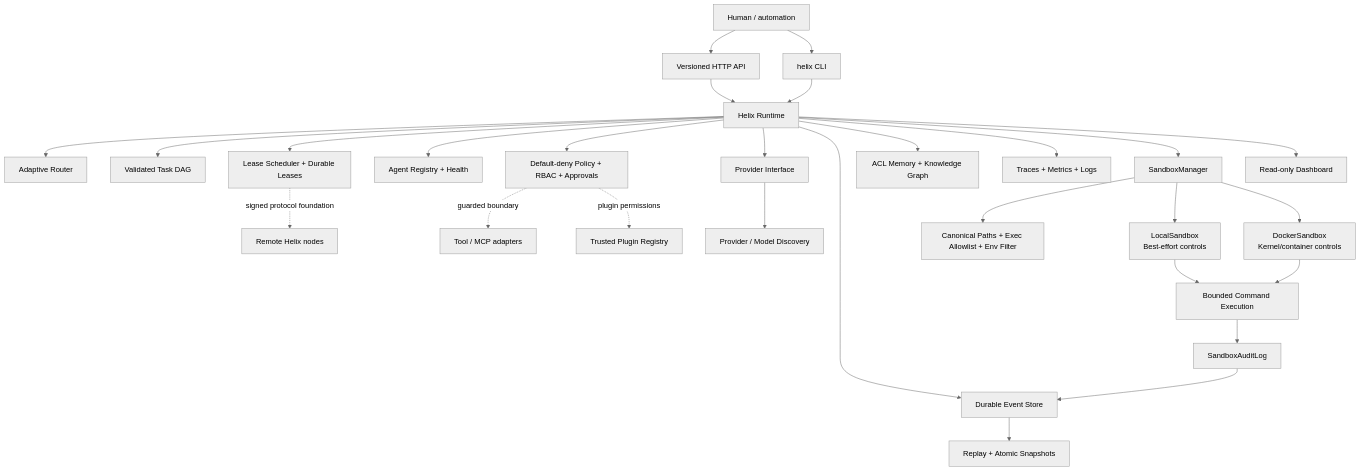
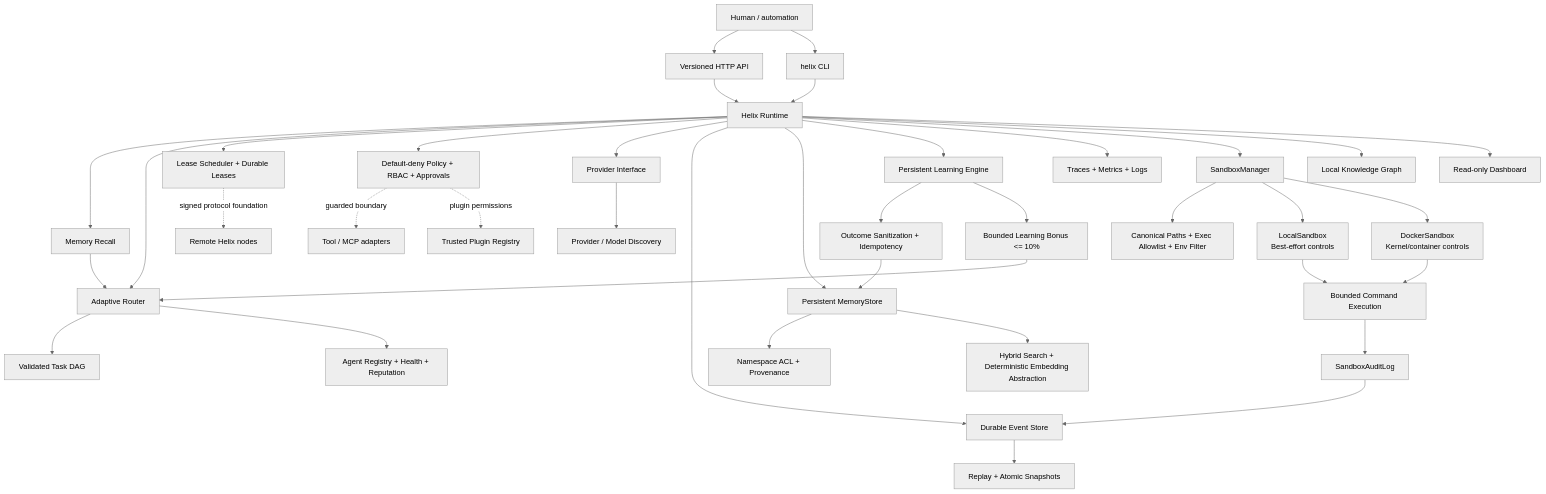
The diagram in docs/architecture.mmd (Adam-Ghanem/Helix), drawn with Mermaid (neutral theme) before and after one commit. The commit also changed 9 other files, not shown here.

```diff
--- a/docs/architecture.mmd
+++ b/docs/architecture.mmd
@@ -1,28 +1,38 @@
-flowchart TB
+flowchart TD
   User[Human / automation] --> API[Versioned HTTP API]
   User --> CLI[helix CLI]
   API --> Runtime[Helix Runtime]
   CLI --> Runtime
-  Runtime --> Router[Adaptive Router]
-  Runtime --> Planner[Validated Task DAG]
+  Runtime --> Recall[Memory Recall]
+  Recall --> Router[Adaptive Router]
+  Runtime --> Router
+  Router --> Planner[Validated Task DAG]
+  Router --> Agents[Agent Registry + Health + Reputation]
   Runtime --> Scheduler[Lease Scheduler + Durable Leases]
-  Runtime --> Agents[Agent Registry + Health]
   Runtime --> Policy[Default-deny Policy + RBAC + Approvals]
   Runtime --> Provider[Provider Interface]
   Runtime --> Events[Durable Event Store]
   Events --> Replay[Replay + Atomic Snapshots]
-  Runtime --> Memory[ACL Memory + Knowledge Graph]
+  Runtime --> Memory[Persistent MemoryStore]
+  Memory --> ACL[Namespace ACL + Provenance]
+  Memory --> Search[Hybrid Search + Deterministic Embedding Abstraction]
+  Runtime --> Learning[Persistent Learning Engine]
+  Learning --> Outcome[Outcome Sanitization + Idempotency]
+  Outcome --> Memory
+  Learning --> Bonus[Bounded Learning Bonus <= 10%]
+  Bonus --> Router
   Runtime --> Telemetry[Traces + Metrics + Logs]
   Runtime --> SandboxManager[SandboxManager]
   SandboxManager --> SandboxPolicy[Canonical Paths + Exec Allowlist + Env Filter]
   SandboxManager --> Local[LocalSandbox\nBest-effort controls]
   SandboxManager --> Docker[DockerSandbox\nKernel/container controls]
   Local --> Execution[Bounded Command Execution]
   Docker --> Execution
   Execution --> Audit[SandboxAuditLog]
   Audit --> Events
-  Runtime --> Dashboard[Read-only Dashboard]
+  Runtime --> Knowledge[Local Knowledge Graph]
   Policy -. guarded boundary .-> Tools[Tool / MCP adapters]
   Policy -. plugin permissions .-> Plugins[Trusted Plugin Registry]
   Provider --> Models[Provider / Model Discovery]
   Scheduler -. signed protocol foundation .-> Nodes[Remote Helix nodes]
+  Runtime --> Dashboard[Read-only Dashboard]
```
